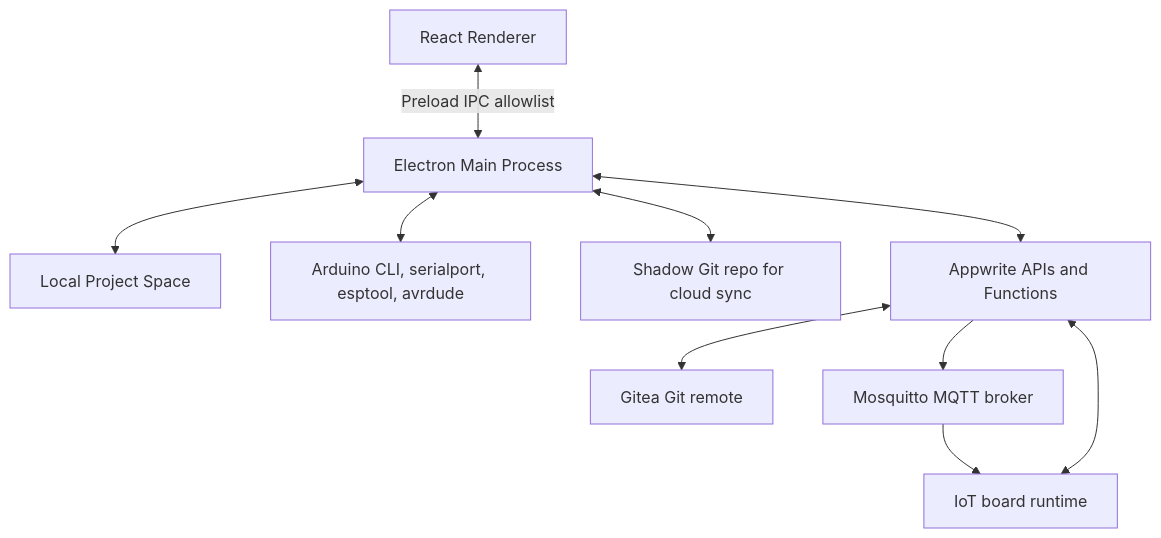
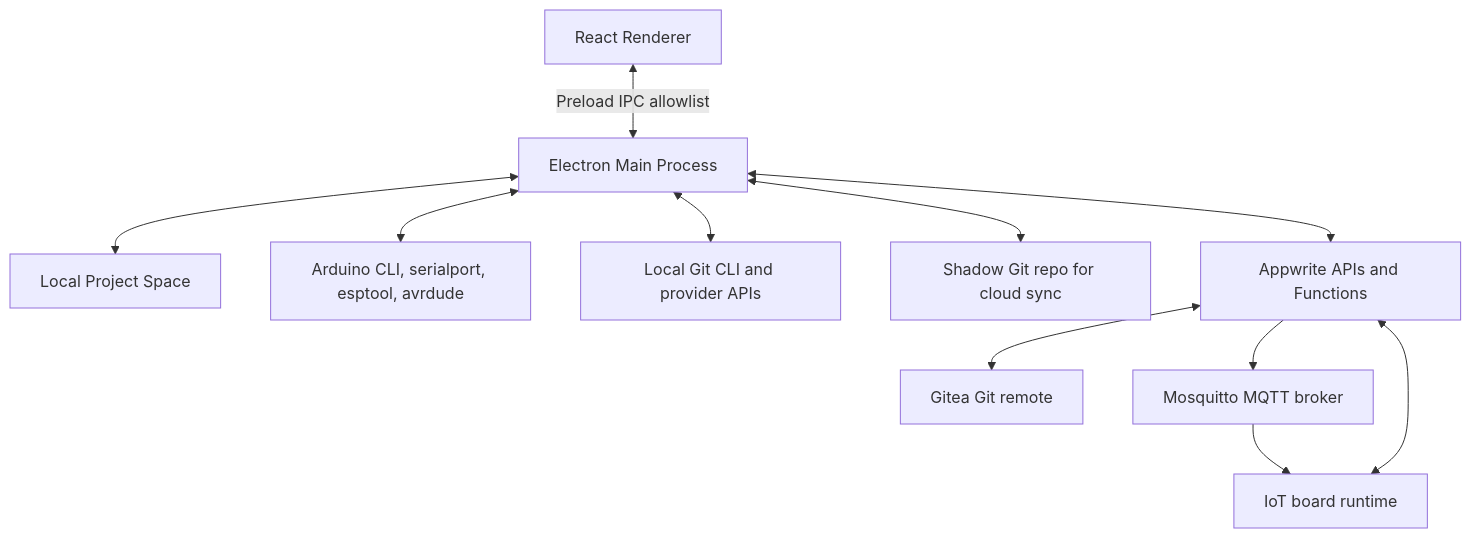
The diagram in ARCHITECTURE.md (rkvishwa/Tantalum-IDE), drawn with Mermaid before and after one commit. The commit also changed other lines of this file and 4 other files, not shown here.

````diff
--- a/ARCHITECTURE.md
+++ b/ARCHITECTURE.md
@@ -7,12 +7,13 @@
 ```mermaid
 graph TD
     Renderer[React Renderer] <-->|Preload IPC allowlist| Main[Electron Main Process]
     Main <--> Workspace[Local Project Space]
     Main <--> Toolchain[Arduino CLI, serialport, esptool, avrdude]
+    Main <--> GitCLI[Local Git CLI and provider APIs]
     Main <--> ShadowGit[Shadow Git repo for cloud sync]
     Main <--> Appwrite[Appwrite APIs and Functions]
     Appwrite <--> Gitea[Gitea Git remote]
     Appwrite --> Mqtt[Mosquitto MQTT broker]
     Mqtt --> Device[IoT board runtime]
     Device <--> Appwrite
 ```
````
